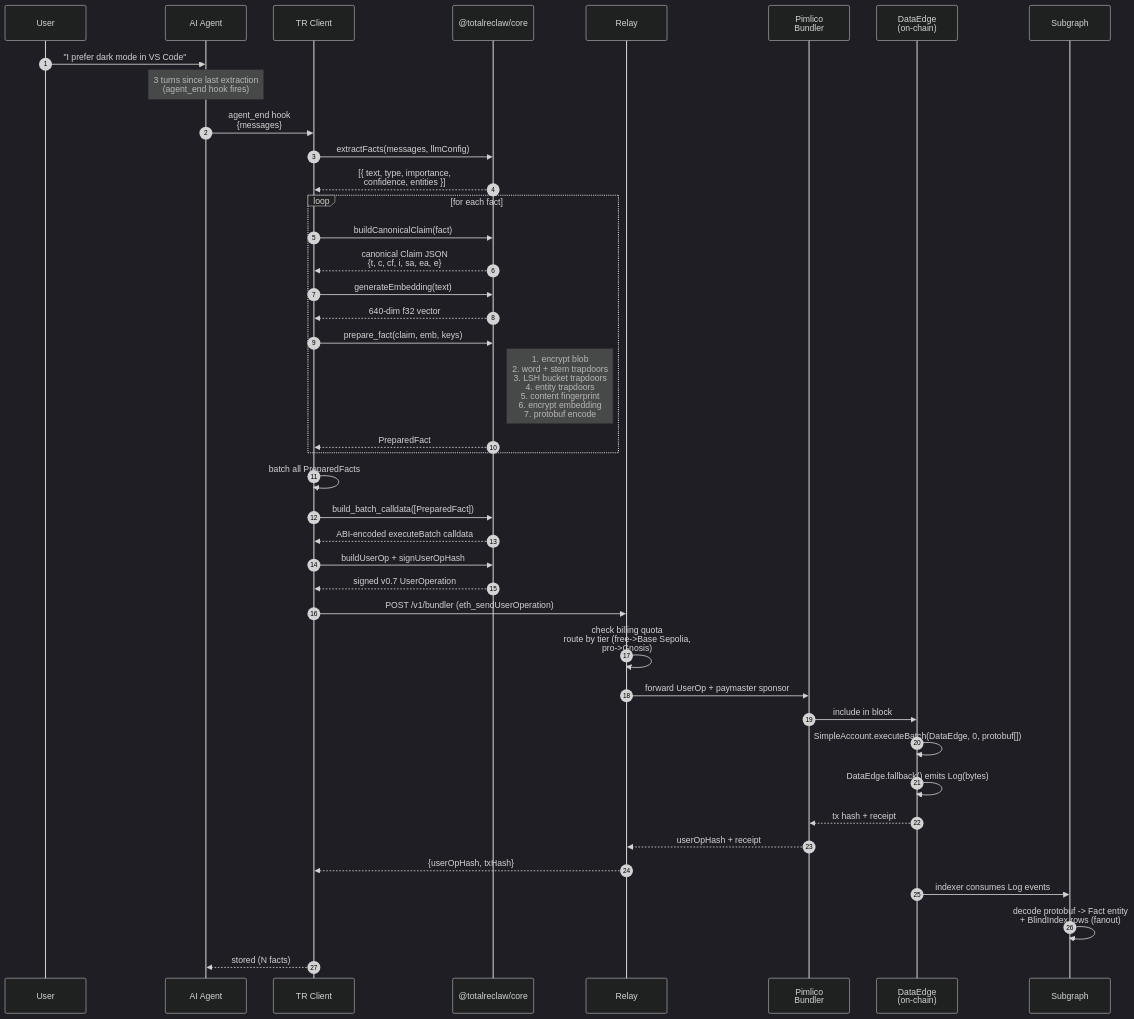
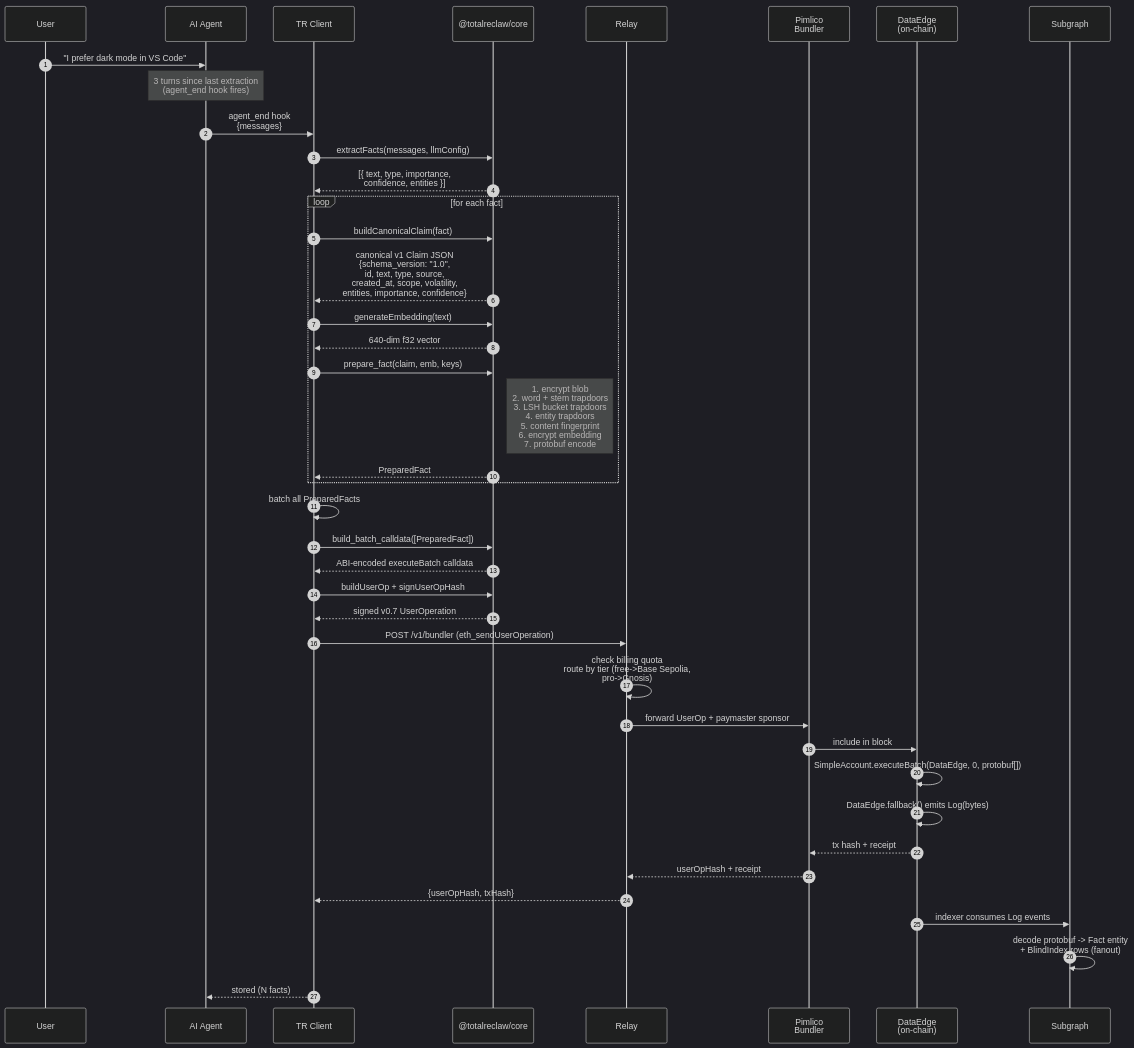
The first of 3 diagrams in docs/specs/totalreclaw/flows/02-write-path.md (p-diogo/totalreclaw), drawn with Mermaid (dark theme) before and after one commit. The commit also changed other lines of this file, not shown here.

First line of the commit message:
docs(flows/02-write-path): rewrite Phase 1 + Phase 2 for v1 Claim shape

````diff
--- a/docs/specs/totalreclaw/flows/02-write-path.md
+++ b/docs/specs/totalreclaw/flows/02-write-path.md
@@ -45,47 +45,47 @@
 ```mermaid
 sequenceDiagram
     autonumber
     participant User
     participant Agent as AI Agent
     participant Plugin as TR Client
     participant Core as @totalreclaw/core
     participant Relay
     participant Bundler as Pimlico<br/>Bundler
     participant Chain as DataEdge<br/>(on-chain)
     participant Subgraph
 
     User->>Agent: "I prefer dark mode in VS Code"
     Note over Agent: 3 turns since last extraction<br/>(agent_end hook fires)
     Agent->>Plugin: agent_end hook<br/>{messages}
     Plugin->>Core: extractFacts(messages, llmConfig)
     Core-->>Plugin: [{ text, type, importance,<br/>confidence, entities }]
 
     loop for each fact
         Plugin->>Core: buildCanonicalClaim(fact)
-        Core-->>Plugin: canonical Claim JSON<br/>{t, c, cf, i, sa, ea, e}
+        Core-->>Plugin: canonical v1 Claim JSON<br/>{schema_version: "1.0",<br/>id, text, type, source,<br/>created_at, scope, volatility,<br/>entities, importance, confidence}
         Plugin->>Core: generateEmbedding(text)
         Core-->>Plugin: 640-dim f32 vector
         Plugin->>Core: prepare_fact(claim, emb, keys)
         Note right of Core: 1. encrypt blob<br/>2. word + stem trapdoors<br/>3. LSH bucket trapdoors<br/>4. entity trapdoors<br/>5. content fingerprint<br/>6. encrypt embedding<br/>7. protobuf encode
         Core-->>Plugin: PreparedFact
     end
 
     Plugin->>Plugin: batch all PreparedFacts
     Plugin->>Core: build_batch_calldata([PreparedFact])
     Core-->>Plugin: ABI-encoded executeBatch calldata
     Plugin->>Core: buildUserOp + signUserOpHash
     Core-->>Plugin: signed v0.7 UserOperation
 
     Plugin->>Relay: POST /v1/bundler (eth_sendUserOperation)
     Relay->>Relay: check billing quota<br/>route by tier (free->Base Sepolia,<br/>pro->Gnosis)
     Relay->>Bundler: forward UserOp + paymaster sponsor
     Bundler->>Chain: include in block
     Chain->>Chain: SimpleAccount.executeBatch(DataEdge, 0, protobuf[])
     Chain->>Chain: DataEdge.fallback() emits Log(bytes)
     Chain-->>Bundler: tx hash + receipt
     Bundler-->>Relay: userOpHash + receipt
     Relay-->>Plugin: {userOpHash, txHash}
     Chain->>Subgraph: indexer consumes Log events
     Subgraph->>Subgraph: decode protobuf -> Fact entity<br/>+ BlindIndex rows (fanout)
     Plugin-->>Agent: stored (N facts)
 ```
````
